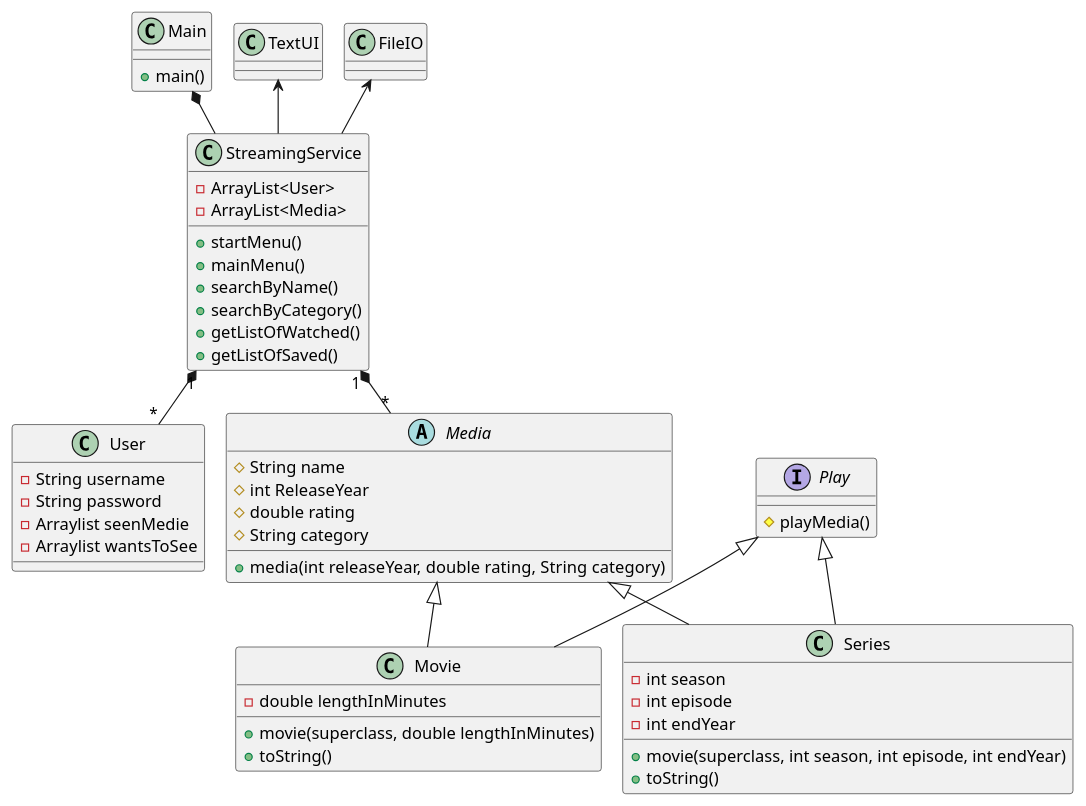
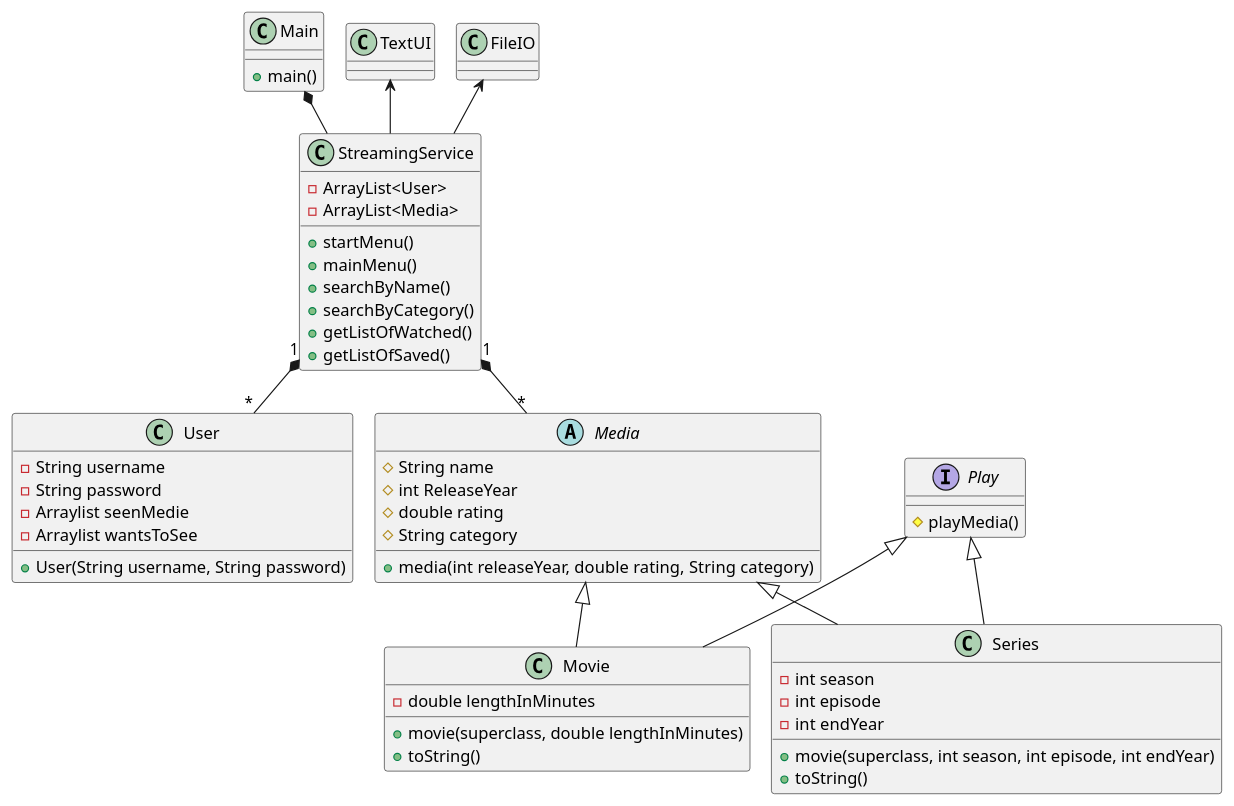
One commit to Eligoon/SP3_Gruppe_G changed the diagram in Diagrams/SP3ClassDiagram v.1.puml. Above: the diagram before and after it, drawn with PlantUML.

Commit message:
Added constructor to User in class diagram SP3

```diff
--- a/Diagrams/SP3ClassDiagram v.1.puml
+++ b/Diagrams/SP3ClassDiagram v.1.puml
@@ -1,78 +1,79 @@
 @startuml
 'https://plantuml.com/class-diagram
 !pragma layout smetana
 Main *-- StreamingService
 StreamingService "1" *-- "*" User
 StreamingService "1" *-- "*" Media
 Media <|-- Movie
 Media <|-- Series
 TextUI <--StreamingService
 FileIO <-- StreamingService
 Play <|-- Movie
 Play <|-- Series
 
 
 class Main
 {
 + main()
 }
 
 class StreamingService
 {
  - ArrayList<User>
  - ArrayList<Media>
  + startMenu()
  + mainMenu()
  + searchByName()
  + searchByCategory()
  + getListOfWatched()
  + getListOfSaved()
 }
 
 abstract class Media
 {
 # String name
 # int ReleaseYear
 # double rating
 # String category
 + media(int releaseYear, double rating, String category)
 }
 
 class Movie
 {
 - double lengthInMinutes
 + movie(superclass, double lengthInMinutes)
 + toString()
 }
 
 class Series
 {
 - int season
 - int episode
 - int endYear
 + movie(superclass, int season, int episode, int endYear)
 + toString()
 }
 
 class User
 {
 - String username
 - String password
 - Arraylist seenMedie
 - Arraylist wantsToSee
++ User(String username, String password)
 }
 
 class TextUI
 {
 }
 
 class FileIO
 {
 }
 
 interface Play
 {
 # playMedia()
 }
 
 @enduml
```
